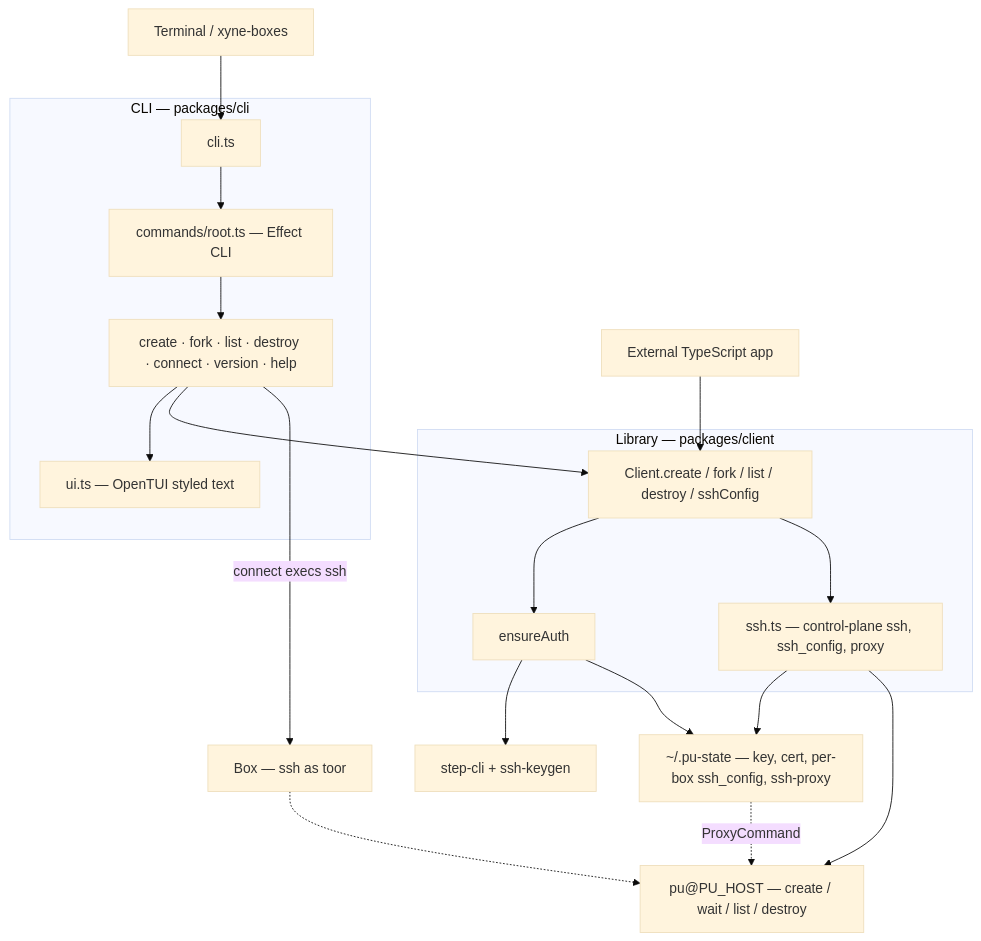
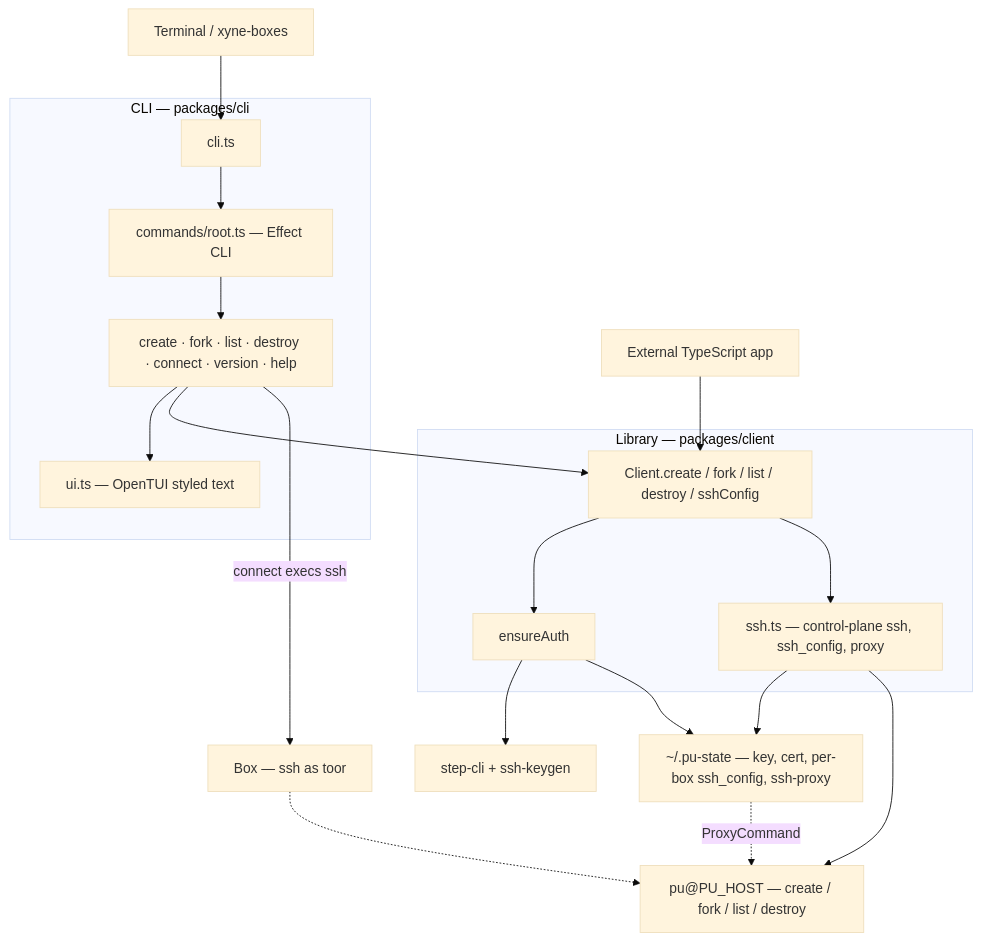
One commit to juspay/xyne-boxes changed the diagram in packages/client/README.md. Above: the diagram before and after it, drawn with Mermaid (base theme). The commit also changed other lines of this file and 15 other files, not shown here.

````diff
--- a/packages/client/README.md
+++ b/packages/client/README.md
@@ -7,38 +7,38 @@
 ```mermaid
 flowchart TB
   ext["External TypeScript app"]
   term["Terminal / xyne-boxes"]
 
   subgraph lib ["Library — packages/client"]
     Client["Client.create / fork / list / destroy / sshConfig"]
     auth["ensureAuth"]
     sshmod["ssh.ts — control-plane ssh, ssh_config, proxy"]
     Client --> auth
     Client --> sshmod
   end
 
   subgraph cli ["CLI — packages/cli"]
     entry["cli.ts"]
     root["commands/root.ts — Effect CLI"]
     cmds["create · fork · list · destroy · connect · version · help"]
     ui["ui.ts — OpenTUI styled text"]
     entry --> root --> cmds
     cmds --> ui
   end
 
   state["~/.pu-state — key, cert, per-box ssh_config, ssh-proxy"]
   step["step-cli + ssh-keygen"]
-  pu["pu@PU_HOST — create / wait / list / destroy"]
+  pu["pu@PU_HOST — create / fork / list / destroy"]
   box["Box — ssh as toor"]
 
   ext --> Client
   term --> entry
   cmds --> Client
   cmds -->|connect execs ssh| box
   auth --> step
   auth --> state
   sshmod --> state
   sshmod --> pu
   state -.->|ProxyCommand| pu
   box -.-> pu
 ```
````
